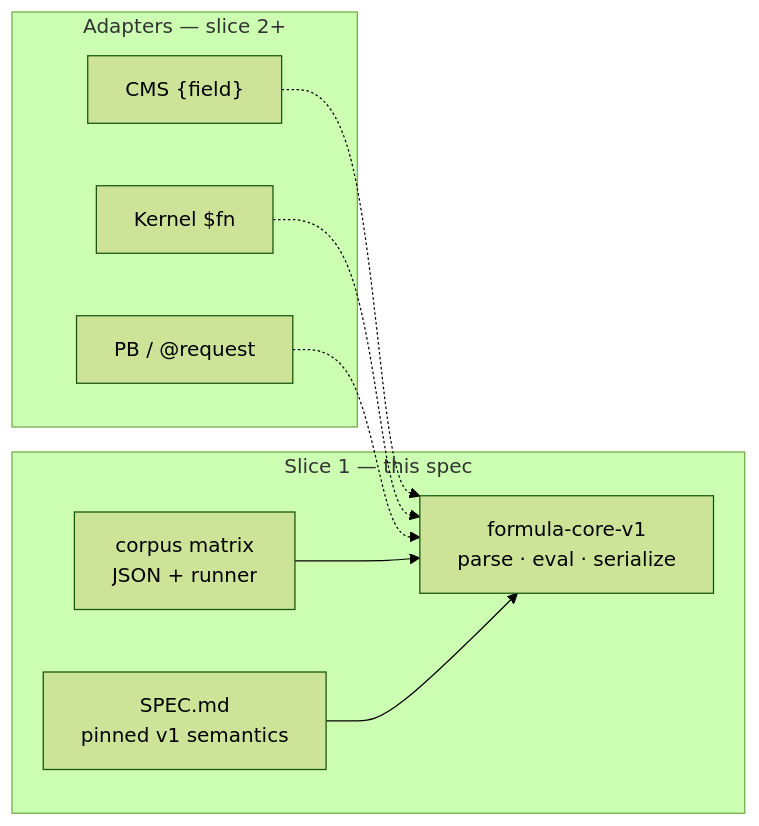
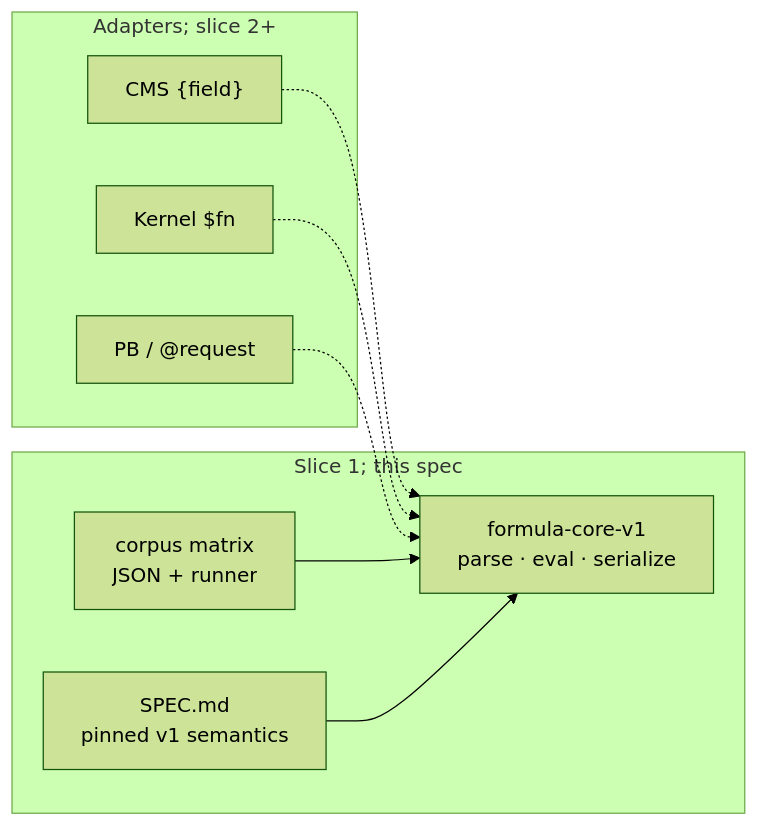
Before and after one commit to trentbrew/trellis: the diagram in docs/issues/TRL-472/summary.md, drawn with Mermaid (forest theme). The commit also changed other lines of this file and 218 other files, not shown here.

````diff
--- a/docs/issues/TRL-472/summary.md
+++ b/docs/issues/TRL-472/summary.md
@@ -13,18 +13,18 @@
 ```mermaid
 flowchart LR
-  subgraph adapters [Adapters — slice 2+]
+  subgraph adapters [Adapters; slice 2+]
     CMS["CMS {field}"]
     Kern["Kernel $fn"]
     PB["PB / @request"]
   end
-  subgraph slice1 [Slice 1 — this spec]
+  subgraph slice1 [Slice 1; this spec]
     Core["formula-core-v1\nparse · eval · serialize"]
     Corp["corpus matrix\nJSON + runner"]
     Spec["SPEC.md\npinned v1 semantics"]
   end
   CMS -.-> Core
   Kern -.-> Core
   PB -.-> Core
   Corp --> Core
   Spec --> Core
 ```
````
